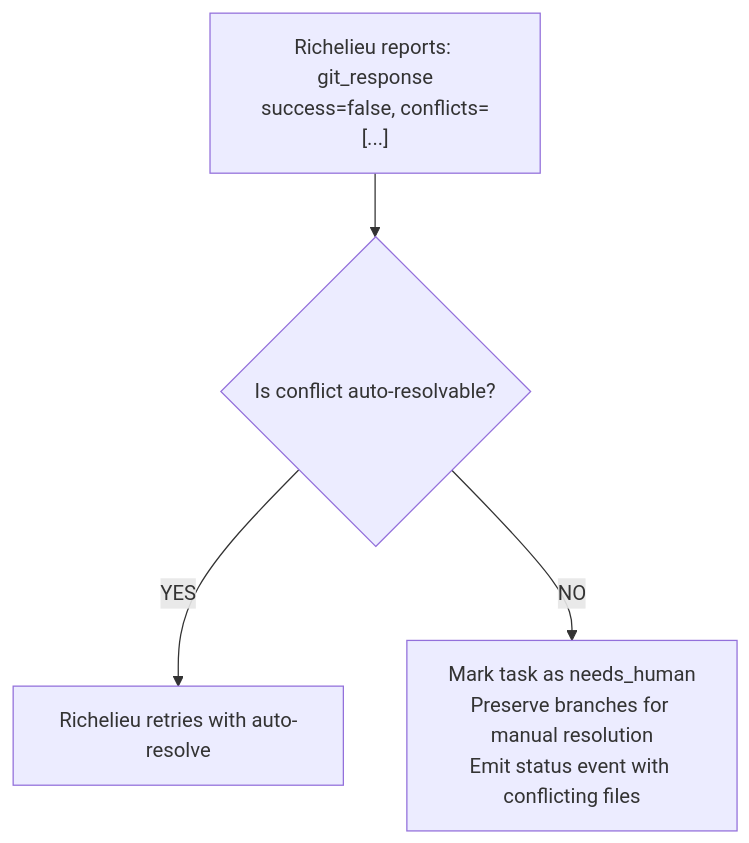
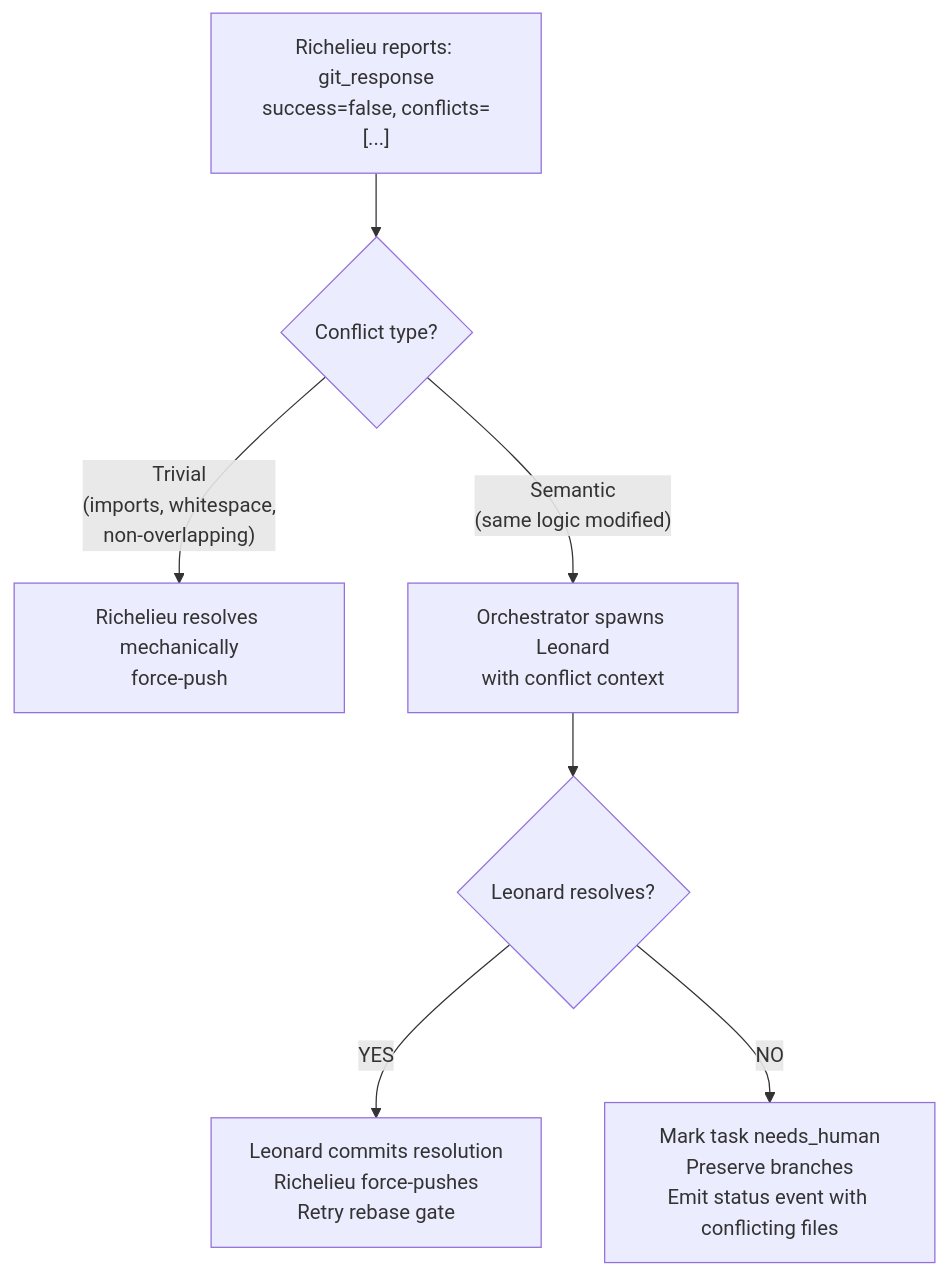
The fifth of 8 diagrams in docs/specs/13-orchestrator.md (0xc14m1z/opex), drawn with Mermaid before and after one commit. The commit also changed other lines of this file and 3 other files, not shown here.

First line of the commit message:
docs: resolve workflow issue 4 (rebase gate for post-merge conflict resolution)

````diff
--- a/docs/specs/13-orchestrator.md
+++ b/docs/specs/13-orchestrator.md
@@ -670,6 +683,9 @@
 ```mermaid
 flowchart TD
-    A["Richelieu reports: git_response\nsuccess=false, conflicts=[...]"] --> B{Is conflict auto-resolvable?}
-    B -->|YES| C[Richelieu retries with auto-resolve]
-    B -->|NO| D["Mark task as needs_human\nPreserve branches for manual resolution\nEmit status event with conflicting files"]
+    A["Richelieu reports: git_response\nsuccess=false, conflicts=[...]"] --> B{Conflict type?}
+    B -->|"Trivial\n(imports, whitespace,\nnon-overlapping)"| C[Richelieu resolves mechanically\nforce-push]
+    B -->|"Semantic\n(same logic modified)"| D[Orchestrator spawns Leonard\nwith conflict context]
+    D --> E{Leonard resolves?}
+    E -->|YES| F[Leonard commits resolution\nRichelieu force-pushes\nRetry rebase gate]
+    E -->|NO| G["Mark task needs_human\nPreserve branches\nEmit status event with conflicting files"]
 ```
````
